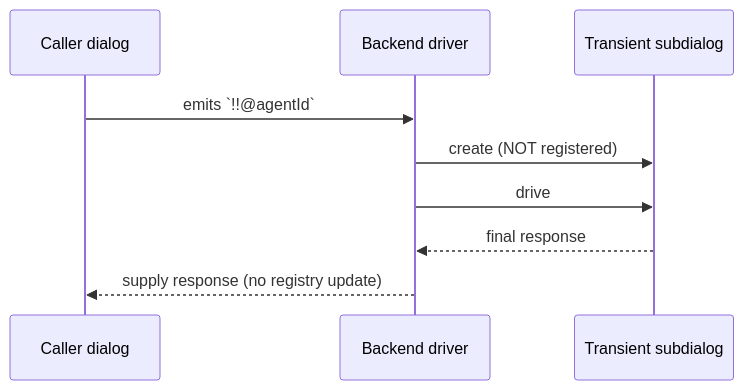
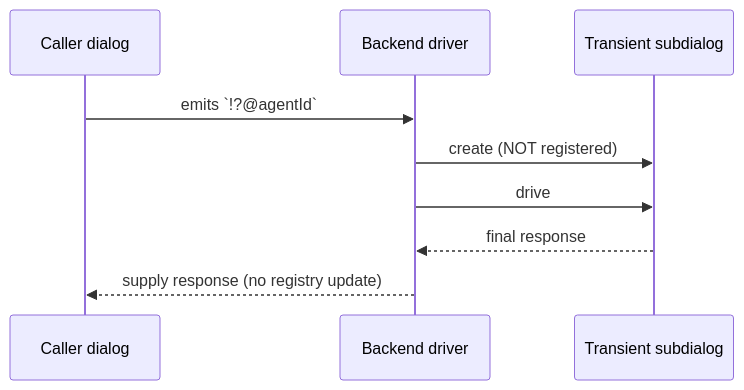
Before and after one commit to longrun-ai/dominds: diagram 13 of 18 in docs/dialog-system.md, drawn with Mermaid. The commit also changed other lines of this file and 55 other files, not shown here.

````diff
--- a/docs/dialog-system.md
+++ b/docs/dialog-system.md
@@ -1159,12 +1150,12 @@
 ```mermaid
 sequenceDiagram
   participant Caller as Caller dialog
   participant Driver as Backend driver
   participant Sub as Transient subdialog
 
-  Caller->>Driver: emits `!!@agentId`
+  Caller->>Driver: emits `!?@agentId`
   Driver->>Sub: create (NOT registered)
   Driver->>Sub: drive
   Sub-->>Driver: final response
   Driver-->>Caller: supply response (no registry update)
 ```
````
